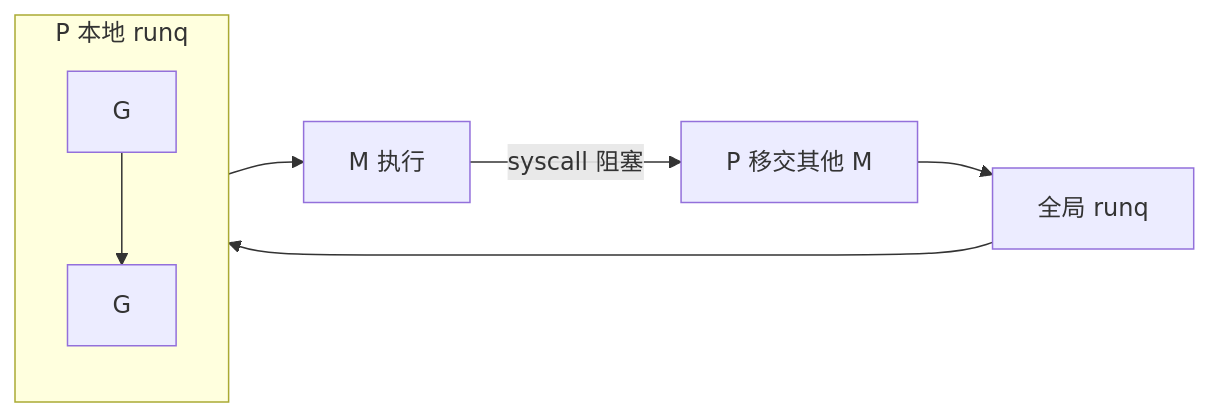
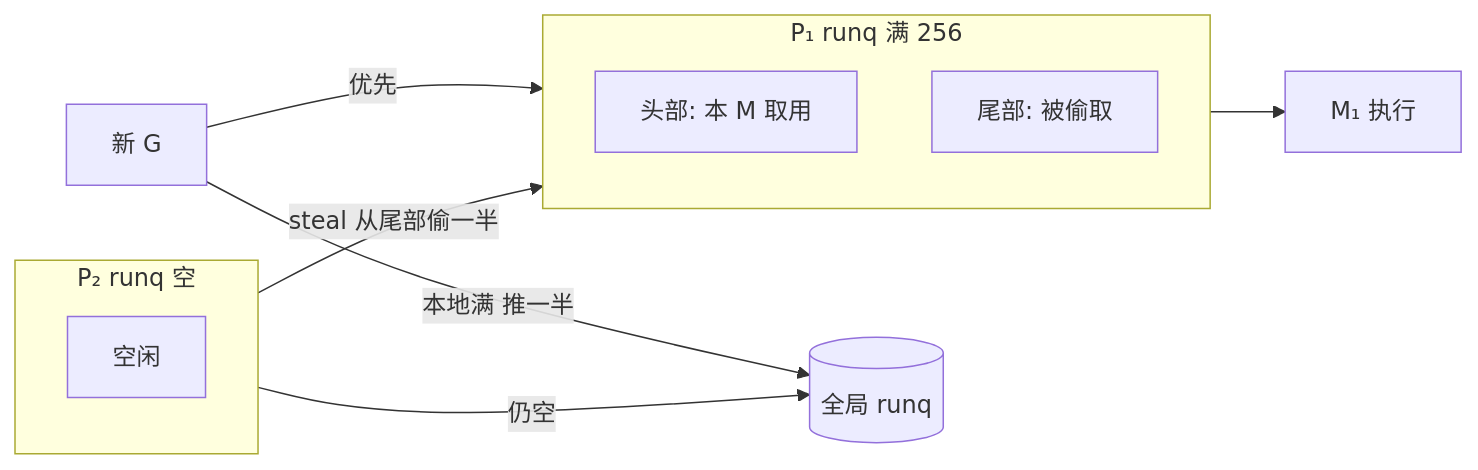
The fourth of 8 diagrams in docs/interview/01-runtime-concurrency/S-CONC-01-gmp-overview.md (twodog-tt/Golang-development-manual), drawn with Mermaid before and after one commit. The commit also changed other lines of this file, not shown here.

First line of the commit message:
Expand GMP scheduler topic with eight flowcharts and preemption depth.

````diff
--- a/docs/interview/01-runtime-concurrency/S-CONC-01-gmp-overview.md
+++ b/docs/interview/01-runtime-concurrency/S-CONC-01-gmp-overview.md
@@ -42,10 +148,18 @@
 ```mermaid
 flowchart LR
-  subgraph P_local[P 本地 runq]
-    G1[G] --> G2[G]
+  subgraph P1[P₁ runq 满 256]
+    direction TB
+    H1[头部: 本 M 取用]
+    T1[尾部: 被偷取]
   end
-  GlobalQ[全局 runq] --> P_local
-  P_local --> M[M 执行]
-  M -->|syscall 阻塞| Handoff[P 移交其他 M]
-  Handoff --> GlobalQ
+  subgraph P2[P₂ runq 空]
+    direction TB
+    E2[空闲]
+  end
+  Global[(全局 runq)]
+  NewG[新 G] -->|优先| P1
+  NewG -->|本地满 推一半| Global
+  P2 -->|steal 从尾部偷一半| T1
+  P2 -->|仍空| Global
+  H1 --> M1[M₁ 执行]
 ```
````
